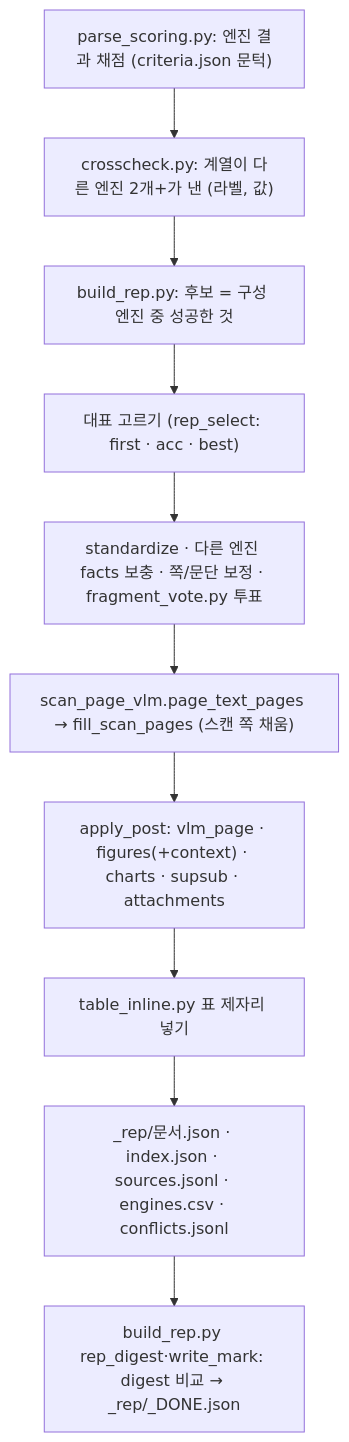
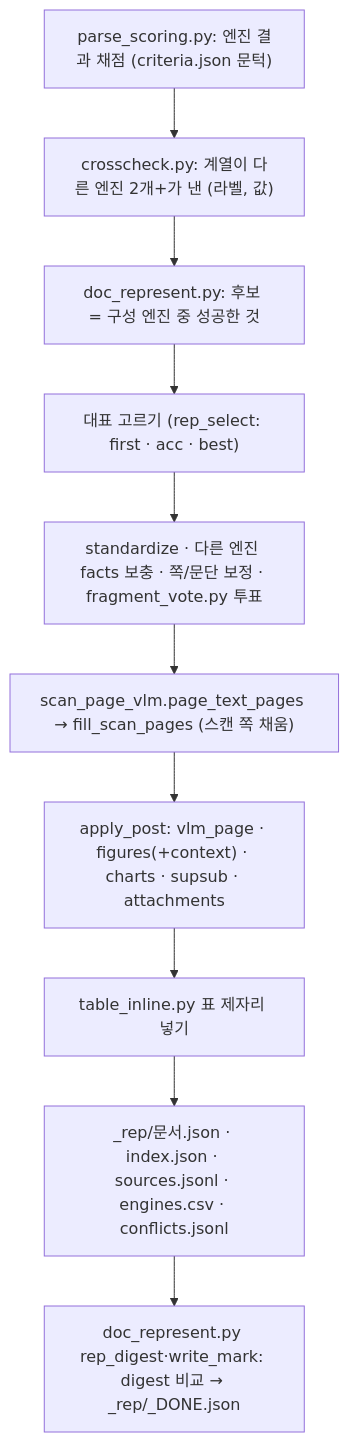
The fifth of 11 diagrams in docs/architecture/parse_flow.md (gigasamba/sbl_data_parsing), drawn with Mermaid before and after one commit. The commit also changed other lines of this file and 17 other files, not shown here.

First line of the commit message:
Rename build_rep to doc_represent in imports, LAYER_CODE, tests and docs

````diff
--- a/docs/architecture/parse_flow.md
+++ b/docs/architecture/parse_flow.md
@@ -212,14 +212,14 @@
 ```mermaid
 flowchart TD
     Q["parse_scoring.py: 엔진 결과 채점 (criteria.json 문턱)"]
     X["crosscheck.py: 계열이 다른 엔진 2개+가 낸 (라벨, 값)"]
-    R1["build_rep.py: 후보 = 구성 엔진 중 성공한 것"]
+    R1["doc_represent.py: 후보 = 구성 엔진 중 성공한 것"]
     R2["대표 고르기 (rep_select: first · acc · best)"]
     R3["standardize · 다른 엔진 facts 보충 · 쪽/문단 보정 · fragment_vote.py 투표"]
     R4["scan_page_vlm.page_text_pages → fill_scan_pages (스캔 쪽 채움)"]
     R5["apply_post: vlm_page · figures(+context) · charts · supsub · attachments"]
     R6["table_inline.py 표 제자리 넣기"]
     O["_rep/문서.json · index.json · sources.jsonl · engines.csv · conflicts.jsonl"]
-    M["build_rep.py rep_digest·write_mark: digest 비교 → _rep/_DONE.json"]
+    M["doc_represent.py rep_digest·write_mark: digest 비교 → _rep/_DONE.json"]
     Q --> X --> R1 --> R2 --> R3 --> R4 --> R5 --> R6 --> O --> M
 ```
````
